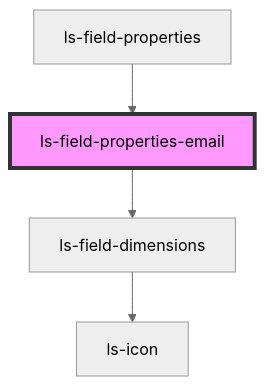
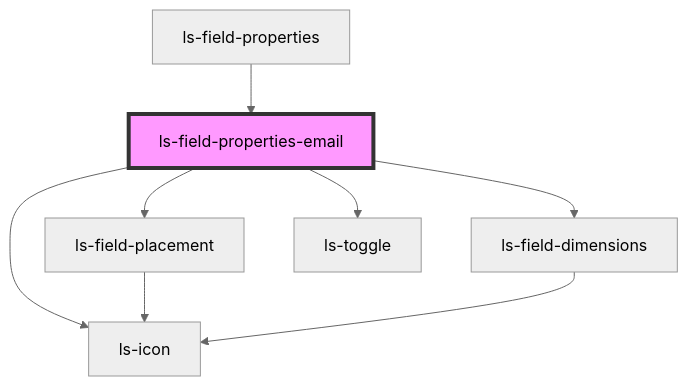
The diagram in src/components/ls-field-properties-email/readme.md (legalesign/ls-document-viewer), drawn with Mermaid (neutral theme) before and after one commit. The commit also changed other lines of this file and 10 other files, not shown here.

````diff
--- a/src/components/ls-field-properties-email/readme.md
+++ b/src/components/ls-field-properties-email/readme.md
@@ -26,7 +30,11 @@
 ```mermaid
 graph TD;
+  ls-field-properties-email --> ls-field-placement
   ls-field-properties-email --> ls-field-dimensions
+  ls-field-properties-email --> ls-icon
+  ls-field-properties-email --> ls-toggle
+  ls-field-placement --> ls-icon
   ls-field-dimensions --> ls-icon
   ls-field-properties --> ls-field-properties-email
   style ls-field-properties-email fill:#f9f,stroke:#333,stroke-width:4px
 ```
````
